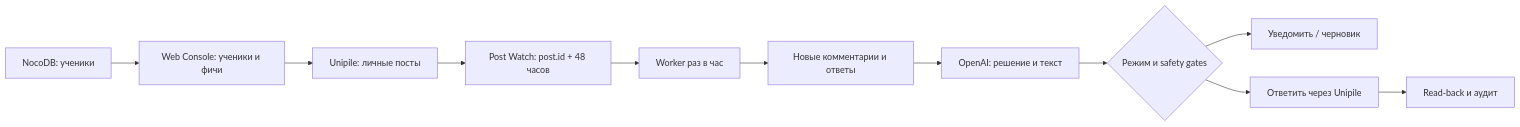
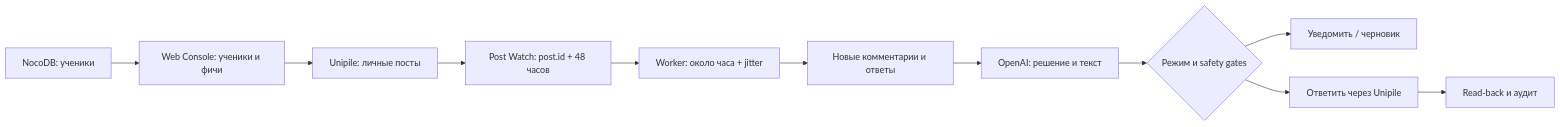
The diagram in src/features/linkedin-automation/comment-monitor/ARCHITECTURE.md (Kira2K/unicorn-autoresponder), drawn with Mermaid before and after one commit. The commit also changed other lines of this file and 11 other files, not shown here.

Commit message:
docs(linkedin): finalize automation architecture

````diff
--- a/src/features/linkedin-automation/comment-monitor/ARCHITECTURE.md
+++ b/src/features/linkedin-automation/comment-monitor/ARCHITECTURE.md
@@ -22,13 +22,13 @@
 ```mermaid
 flowchart LR
     N["NocoDB: ученики"] --> A["Web Console: ученики и фичи"]
     A --> U["Unipile: личные посты"]
     U --> W["Post Watch: post.id + 48 часов"]
-    W --> P["Worker раз в час"]
+    W --> P["Worker: около часа + jitter"]
     P --> C["Новые комментарии и ответы"]
     C --> O["OpenAI: решение и текст"]
     O --> G{"Режим и safety gates"}
     G --> T["Уведомить / черновик"]
     G --> R["Ответить через Unipile"]
     R --> V["Read-back и аудит"]
 ```
````
